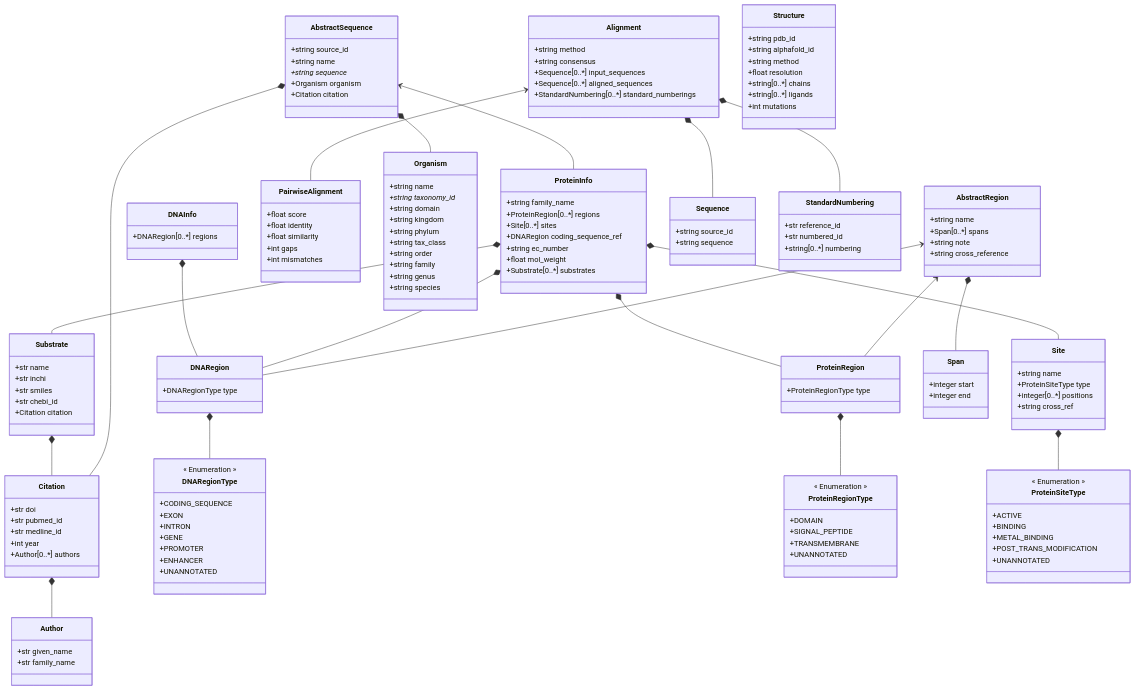
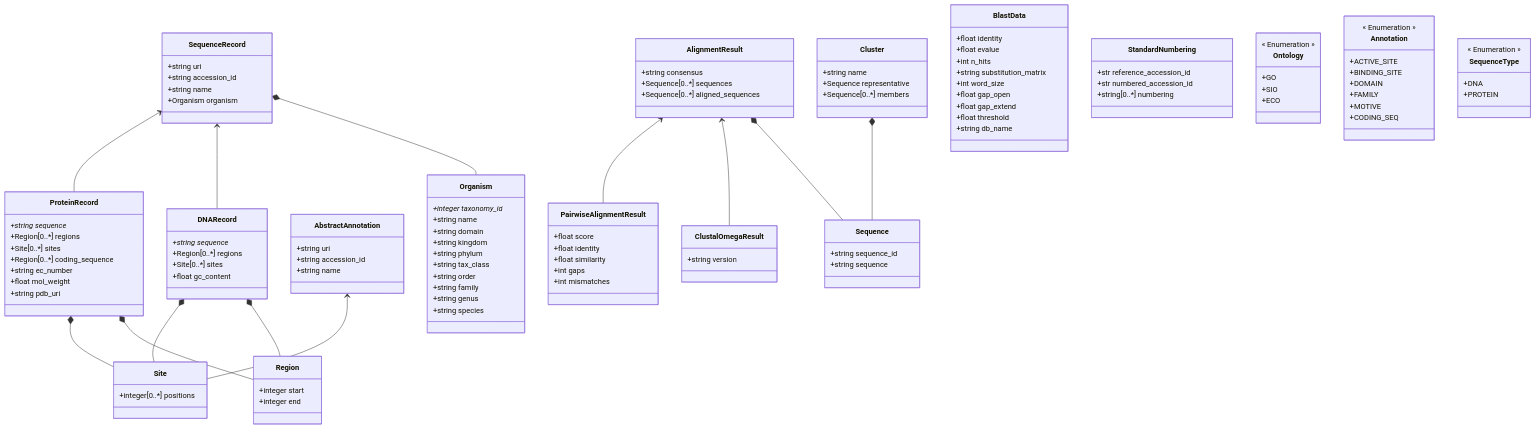
Before and after one commit to PyEED/pyeed: the diagram in pyeed/schemes/pyeed_schema.md, drawn with Mermaid. The commit also changed 83 other files, not shown here.

First line of the commit message:
Data model refactor, enabling ontology support (#58)

````diff
--- a/pyeed/schemes/pyeed_schema.md
+++ b/pyeed/schemes/pyeed_schema.md
@@ -1,108 +1,60 @@
 ```mermaid
 classDiagram
-    AbstractSequence <-- ProteinInfo
-    AbstractRegion <-- DNARegion
-    AbstractRegion <-- ProteinRegion
-    Alignment <-- PairwiseAlignment
-    AbstractSequence *-- Citation
-    AbstractSequence *-- Organism
-    ProteinInfo *-- Substrate
-    ProteinInfo *-- DNARegion
-    ProteinInfo *-- ProteinRegion
-    ProteinInfo *-- Site
-    DNAInfo *-- DNARegion
-    Citation *-- Author
-    Substrate *-- Citation
-    AbstractRegion *-- Span
-    DNARegion *-- DNARegionType
-    ProteinRegion *-- ProteinRegionType
-    Site *-- ProteinSiteType
-    Alignment *-- Sequence
-    Alignment *-- StandardNumbering
+    SequenceRecord <-- ProteinRecord
+    SequenceRecord <-- DNARecord
+    AbstractAnnotation <-- Site
+    AlignmentResult <-- PairwiseAlignmentResult
+    AlignmentResult <-- ClustalOmegaResult
+    SequenceRecord *-- Organism
+    ProteinRecord *-- Site
+    ProteinRecord *-- Region
+    DNARecord *-- Site
+    DNARecord *-- Region
+    Cluster *-- Sequence
+    AlignmentResult *-- Sequence
     
-    class AbstractSequence {
-        +string source_id
+    class SequenceRecord {
+        +string uri
+        +string accession_id
         +string name
-        +string sequence*
         +Organism organism
-        +Citation citation
     }
     
-    class ProteinInfo {
-        +string family_name
-        +ProteinRegion[0..*] regions
+    class ProteinRecord {
+        +string sequence*
+        +Region[0..*] regions
         +Site[0..*] sites
-        +DNARegion coding_sequence_ref
+        +Region[0..*] coding_sequence
         +string ec_number
         +float mol_weight
-        +Substrate[0..*] substrates
+        +string pdb_uri
     }
     
-    class Structure {
-        +string pdb_id
-        +string alphafold_id
-        +string method
-        +float resolution
-        +string[0..*] chains
-        +string[0..*] ligands
-        +int mutations
+    class DNARecord {
+        +string sequence*
+        +Region[0..*] regions
+        +Site[0..*] sites
+        +float gc_content
     }
     
-    class DNAInfo {
-        +DNARegion[0..*] regions
+    class AbstractAnnotation {
+        +string uri
+        +string accession_id
+        +string name
     }
     
-    class Citation {
-        +str doi
-        +str pubmed_id
-        +str medline_id
-        +int year
-        +Author[0..*] authors
+    class Site {
+        +integer[0..*] positions
     }
     
-    class Author {
-        +str given_name
-        +str family_name
-    }
-    
-    class Substrate {
-        +str name
-        +str inchi
-        +str smiles
-        +str chebi_id
-        +Citation citation
-    }
-    
-    class AbstractRegion {
-        +string name
-        +Span[0..*] spans
-        +string note
-        +string cross_reference
-    }
-    
-    class DNARegion {
-        +DNARegionType type
-    }
-    
-    class ProteinRegion {
-        +ProteinRegionType type
-    }
-    
-    class Span {
+    class Region {
         +integer start
         +integer end
     }
     
-    class Site {
+    class Organism {
+        +integer taxonomy_id*
         +string name
-        +ProteinSiteType type
-        +integer[0..*] positions
-        +string cross_ref
-    }
-    
-    class Organism {
-        +string name
-        +string taxonomy_id*
         +string domain
         +string kingdom
         +string phylum
@@ -113,15 +65,36 @@
         +string species
     }
     
-    class Alignment {
-        +string method
-        +string consensus
-        +Sequence[0..*] input_sequences
-        +Sequence[0..*] aligned_sequences
-        +StandardNumbering[0..*] standard_numberings
+    class BlastData {
+        +float identity
+        +float evalue
+        +int n_hits
+        +string substitution_matrix
+        +int word_size
+        +float gap_open
+        +float gap_extend
+        +float threshold
+        +string db_name
     }
     
-    class PairwiseAlignment {
+    class Cluster {
+        +string name
+        +Sequence representative
+        +Sequence[0..*] members
+    }
+    
+    class Sequence {
+        +string sequence_id
+        +string sequence
+    }
+    
+    class AlignmentResult {
+        +string consensus
+        +Sequence[0..*] sequences
+        +Sequence[0..*] aligned_sequences
+    }
+    
+    class PairwiseAlignmentResult {
         +float score
         +float identity
         +float similarity
@@ -129,43 +102,37 @@
         +int mismatches
     }
     
-    class Sequence {
-        +string source_id
-        +string sequence
-    }
-    
     class StandardNumbering {
-        +str reference_id
-        +str numbered_id
+        +str reference_accession_id
+        +str numbered_accession_id
         +string[0..*] numbering
     }
     
-    class ProteinSiteType {
-        << Enumeration >>
-        +ACTIVE
-        +BINDING
-        +METAL_BINDING
-        +POST_TRANS_MODIFICATION
-        +UNANNOTATED
+    class ClustalOmegaResult {
+        +string version
     }
     
-    class DNARegionType {
+    class Ontology {
         << Enumeration >>
-        +CODING_SEQUENCE
-        +EXON
-        +INTRON
-        +GENE
-        +PROMOTER
-        +ENHANCER
-        +UNANNOTATED
+        +GO
+        +SIO
+        +ECO
     }
     
-    class ProteinRegionType {
+    class Annotation {
         << Enumeration >>
+        +ACTIVE_SITE
+        +BINDING_SITE
         +DOMAIN
-        +SIGNAL_PEPTIDE
-        +TRANSMEMBRANE
-        +UNANNOTATED
+        +FAMILY
+        +MOTIVE
+        +CODING_SEQ
+    }
+    
+    class SequenceType {
+        << Enumeration >>
+        +DNA
+        +PROTEIN
     }
     
 ```
````
